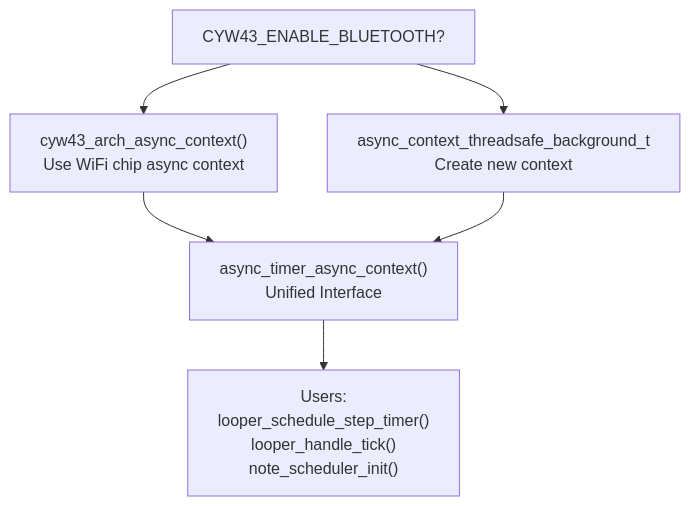
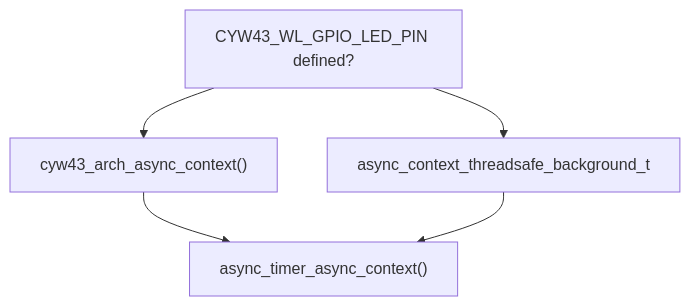
The sixth of 6 diagrams in wiki/3.1-system-components.md (Jus-Be/orinayo-pico), drawn with Mermaid before and after one commit. The commit also changed other lines of this file and 42 other files, not shown here.

````diff
--- a/wiki/3.1-system-components.md
+++ b/wiki/3.1-system-components.md
@@ -400,15 +245,13 @@
 ```mermaid
 flowchart TD
 
-Check["CYW43_ENABLE_BLUETOOTH?"]
-CYW43["cyw43_arch_async_context()<br>Use WiFi chip async context"]
-Threadsafe["async_context_threadsafe_background_t<br>Create new context"]
-Interface["async_timer_async_context()<br>Unified Interface"]
-Users["Users:<br>looper_schedule_step_timer()<br>looper_handle_tick()<br>note_scheduler_init()"]
+Check["CYW43_WL_GPIO_LED_PIN defined?"]
+CYW43["cyw43_arch_async_context()"]
+Threadsafe["async_context_threadsafe_background_t"]
+Interface["async_timer_async_context()"]
 
 Check --> CYW43
 Check --> Threadsafe
 CYW43 --> Interface
 Threadsafe --> Interface
-Interface --> Users
 ```
````
